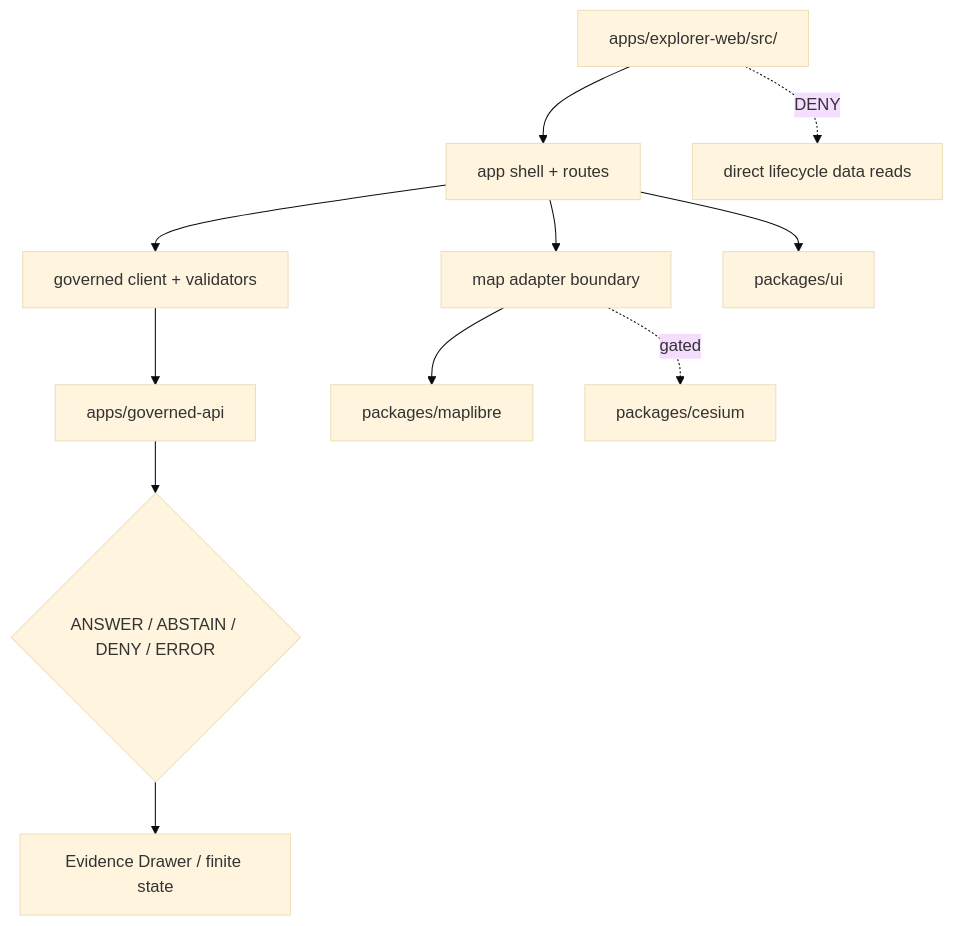
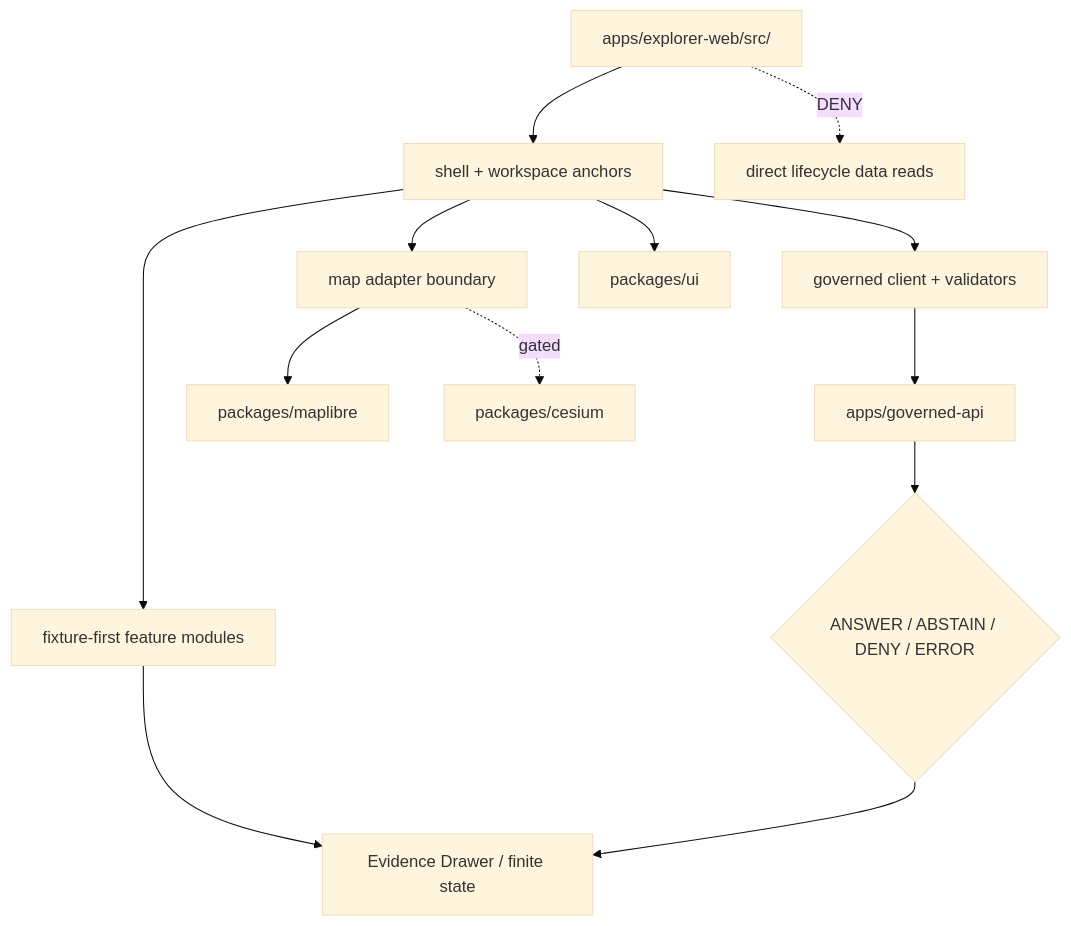
One commit to bartytime4life/Kansas-Frontier-Matrix changed the diagram in apps/explorer-web/src/README.md. Above: the diagram before and after it, drawn with Mermaid (base theme). The commit also changed other lines of this file, not shown here.

Commit message:
docs(explorer): repin src README to current tree

````diff
--- a/apps/explorer-web/src/README.md
+++ b/apps/explorer-web/src/README.md
@@ -192,13 +236,15 @@
 ```mermaid
 flowchart TD
-    src["apps/explorer-web/src/"] --> app["app shell + routes"]
+    src["apps/explorer-web/src/"] --> app["shell + workspace anchors"]
     app --> client["governed client + validators"]
+    app --> features["fixture-first feature modules"]
+    features --> evidence["Evidence Drawer / finite state"]
     client --> api["apps/governed-api"]
     app --> map["map adapter boundary"]
     map --> ml["packages/maplibre"]
     map -. gated .-> cz["packages/cesium"]
     app --> ui["packages/ui"]
     api --> envelope{"ANSWER / ABSTAIN / DENY / ERROR"}
     envelope --> evidence["Evidence Drawer / finite state"]
     src -. DENY .-> data["direct lifecycle data reads"]
 ```
````
